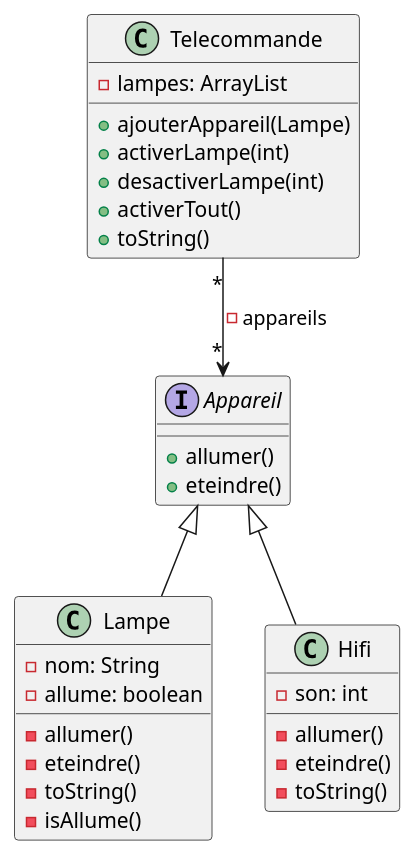
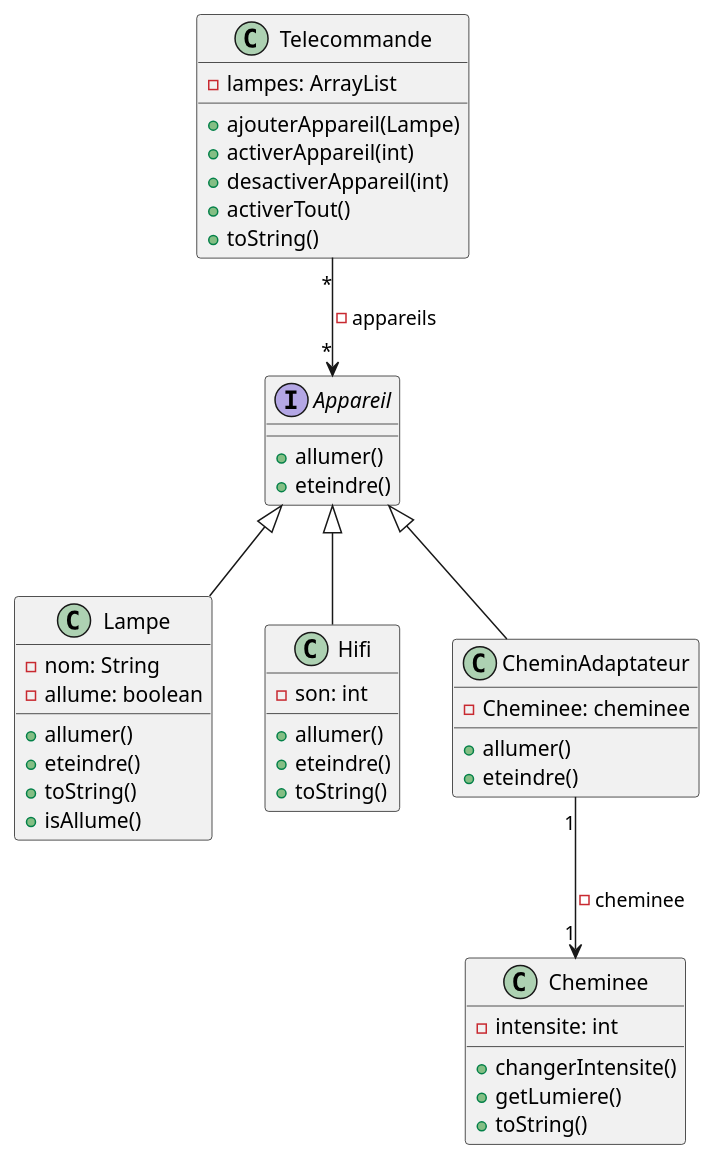
One commit to shaz267/TP6 changed the diagram in src/TP6.puml. Above: the diagram before and after it, drawn with PlantUML.

Commit message:
Nouveau Diagramme uml

```diff
--- a/src/TP6.puml
+++ b/src/TP6.puml
@@ -1,38 +1,54 @@
 @startuml
 'https://plantuml.com/class-diagram
 
 Appareil <|-- Lampe
 Appareil <|-- Hifi
+Appareil <|-- CheminAdaptateur
 Telecommande "*" --> "*" Appareil: - appareils
+CheminAdaptateur "1" --> "1" Cheminee: - cheminee
 
 '''classes
 class Telecommande {
     - lampes: ArrayList
     + ajouterAppareil(Lampe)
-    + activerLampe(int)
-    + desactiverLampe(int)
+    + activerAppareil(int)
+    + desactiverAppareil(int)
     + activerTout()
     + toString()
 }
 
 interface Appareil {
     + allumer()
     + eteindre()
 }
 
 class Lampe {
     - nom: String
     - allume: boolean
-    - allumer()
-    - eteindre()
-    - toString()
-    - isAllume()
+    + allumer()
+    + eteindre()
+    + toString()
+    + isAllume()
 }
 
 class Hifi {
     - son: int
-    - allumer()
-    - eteindre()
-    - toString()
+    + allumer()
+    + eteindre()
+    + toString()
+}
+
+class Cheminee {
+    - intensite: int
+    + changerIntensite()
+    + getLumiere()
+    + toString()
+}
+
+class CheminAdaptateur {
+
+    - Cheminee: cheminee
+    + allumer()
+    + eteindre()
 }
 @enduml
```
